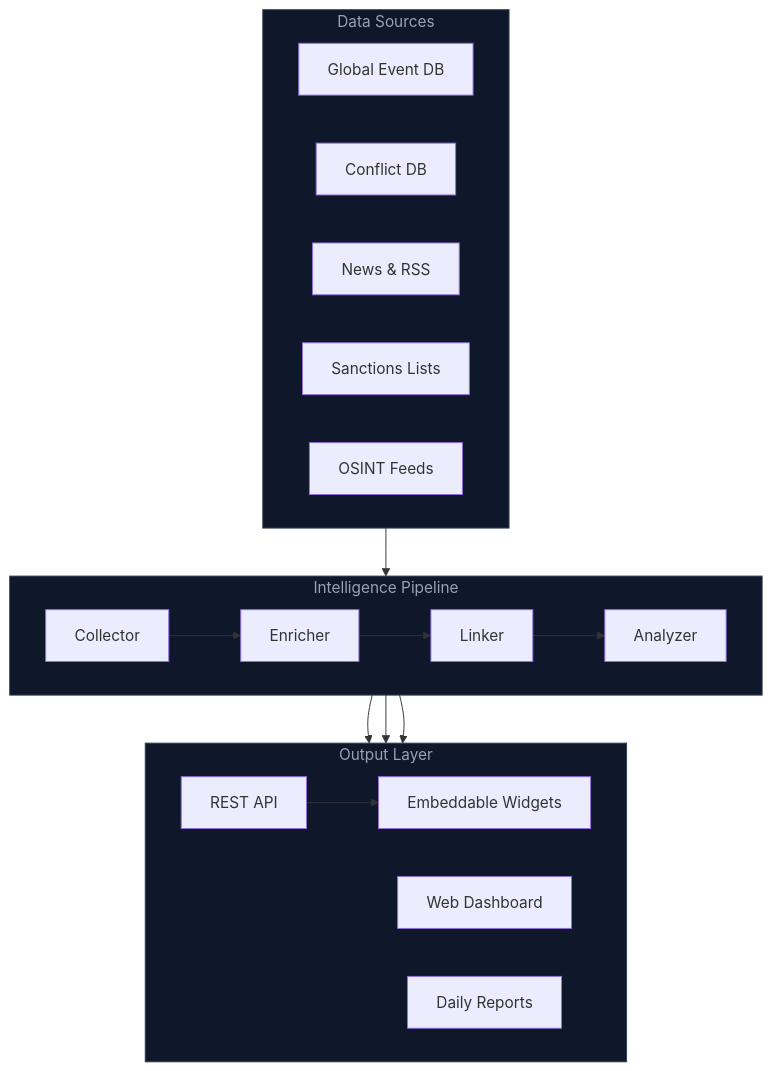
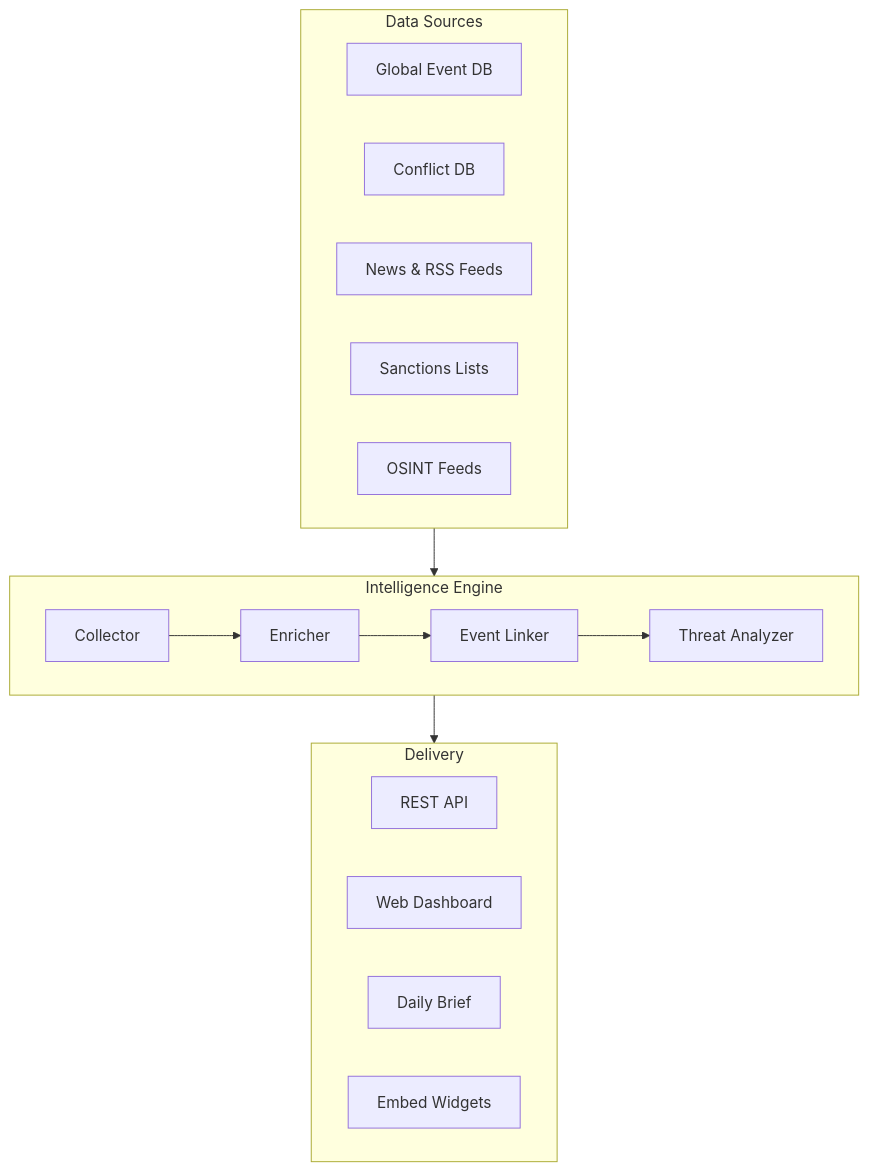
The second of 4 diagrams in README.md (lala-david/conflict-intel), drawn with Mermaid before and after one commit. The commit also changed other lines of this file, not shown here.

Commit message:
docs: redesign README — clean Mermaid diagrams, modern layout

````diff
--- a/README.md
+++ b/README.md
@@ -58,36 +51,27 @@
 ```mermaid
 flowchart TB
-    subgraph Sources["Data Sources"]
-        direction LR
-        S1[Global Event DB]
-        S2[Conflict DB]
-        S3[News & RSS]
-        S4[Sanctions Lists]
-        S5[OSINT Feeds]
+    subgraph Sources[" Data Sources "]
+        S1["Global Event DB"]
+        S2["Conflict DB"]
+        S3["News & RSS Feeds"]
+        S4["Sanctions Lists"]
+        S5["OSINT Feeds"]
     end
 
-    subgraph Pipeline["Intelligence Pipeline"]
+    subgraph Core[" Intelligence Engine "]
         direction LR
-        P1[Collector] --> P2[Enricher]
-        P2 --> P3[Linker]
-        P3 --> P4[Analyzer]
+        C1["Collector"] --> C2["Enricher"]
+        C2 --> C3["Event Linker"]
+        C3 --> C4["Threat Analyzer"]
     end
 
-    subgraph Output["Output Layer"]
-        direction LR
-        O1[REST API]
-        O2[Web Dashboard]
-        O3[Daily Reports]
-        O4[Embeddable Widgets]
+    subgraph Outputs[" Delivery "]
+        O1["REST API"]
+        O2["Web Dashboard"]
+        O3["Daily Brief"]
+        O4["Embed Widgets"]
     end
 
-    Sources --> Pipeline
-    Pipeline --> O1
-    Pipeline --> O2
-    Pipeline --> O3
-    O1 --> O4
-
-    style Sources fill:#0f172a,stroke:#334155,color:#94a3b8
-    style Pipeline fill:#0f172a,stroke:#334155,color:#94a3b8
-    style Output fill:#0f172a,stroke:#334155,color:#94a3b8
+    Sources --> Core
+    Core --> Outputs
 ```
````
